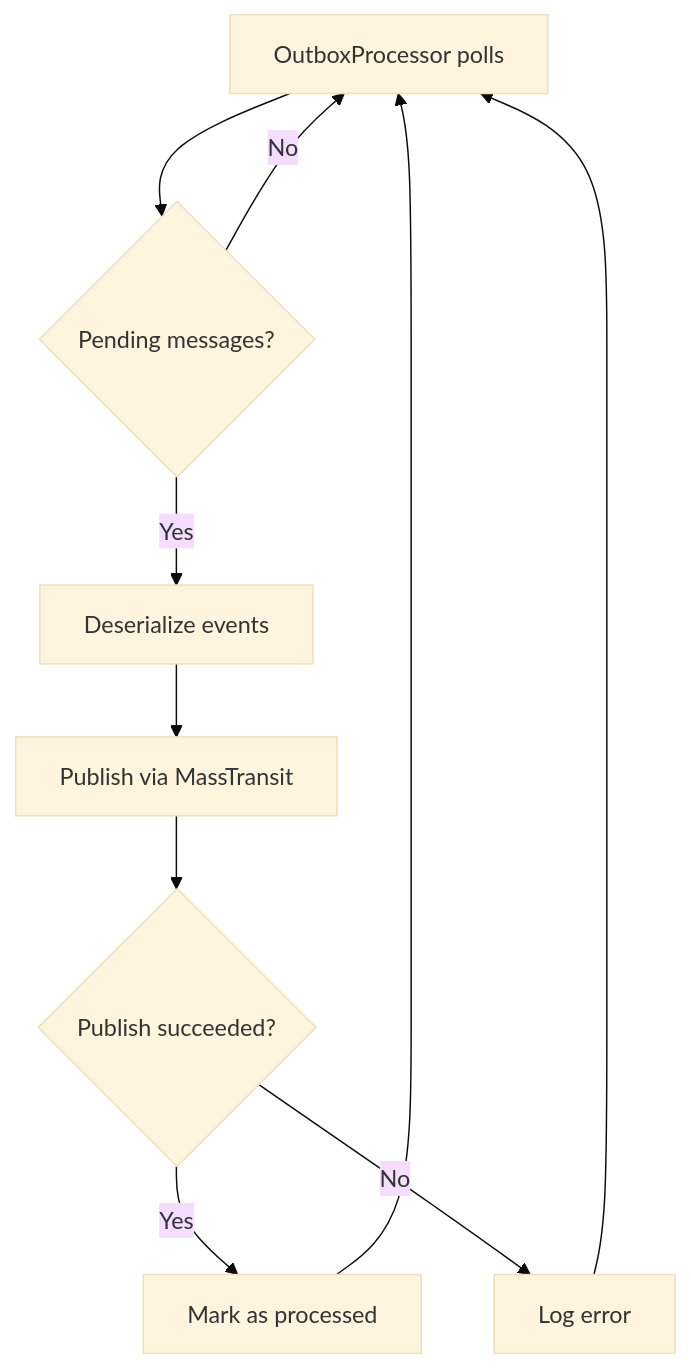
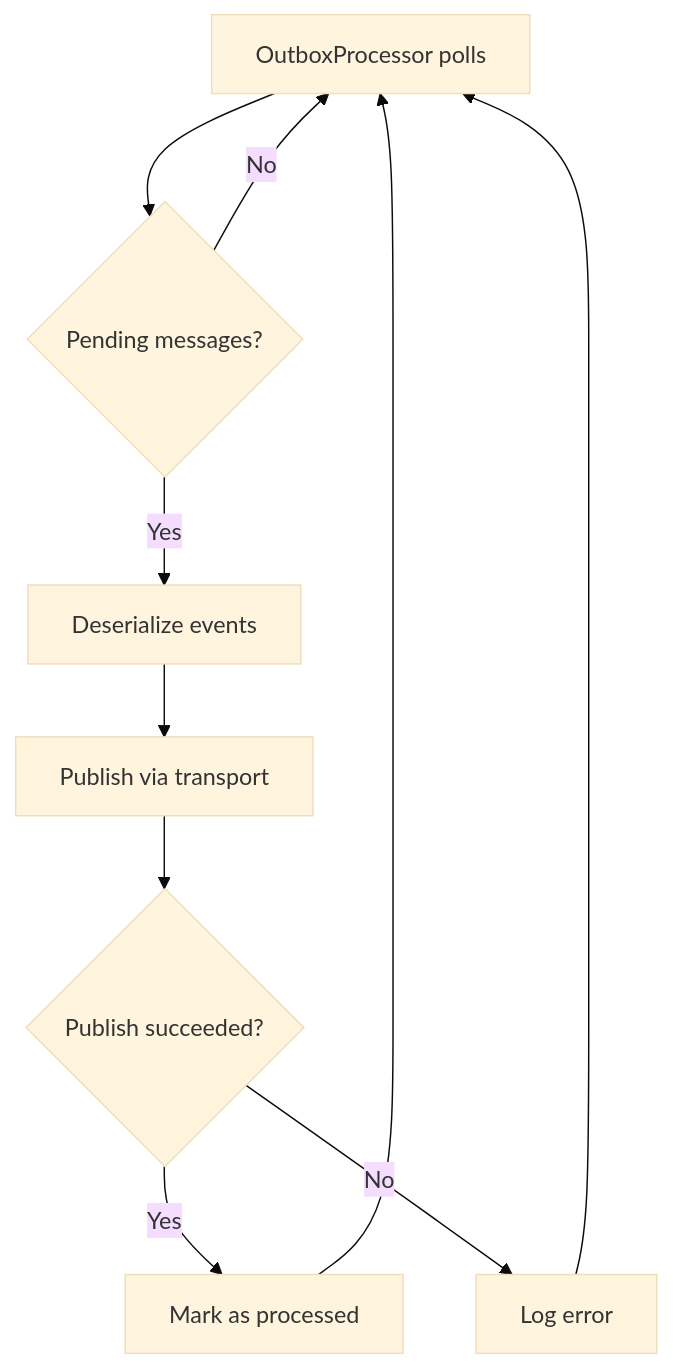
Before and after one commit to AdamWyatt34/Modulus: the second of 2 diagrams in docs/messaging/outbox-pattern.md, drawn with Mermaid (base theme). The commit also changed other lines of this file and 24 other files, not shown here.

First line of the commit message:
docs: sweep MassTransit references and add migration guide

````diff
--- a/docs/messaging/outbox-pattern.md
+++ b/docs/messaging/outbox-pattern.md
@@ -205,12 +206,12 @@
 ```mermaid
 flowchart TD
     A[OutboxProcessor polls] --> B{Pending messages?}
     B -->|No| A
     B -->|Yes| C[Deserialize events]
-    C --> D[Publish via MassTransit]
+    C --> D[Publish via transport]
     D --> E{Publish succeeded?}
     E -->|Yes| F[Mark as processed]
     F --> A
     E -->|No| G[Log error]
     G --> A
 ```
````
